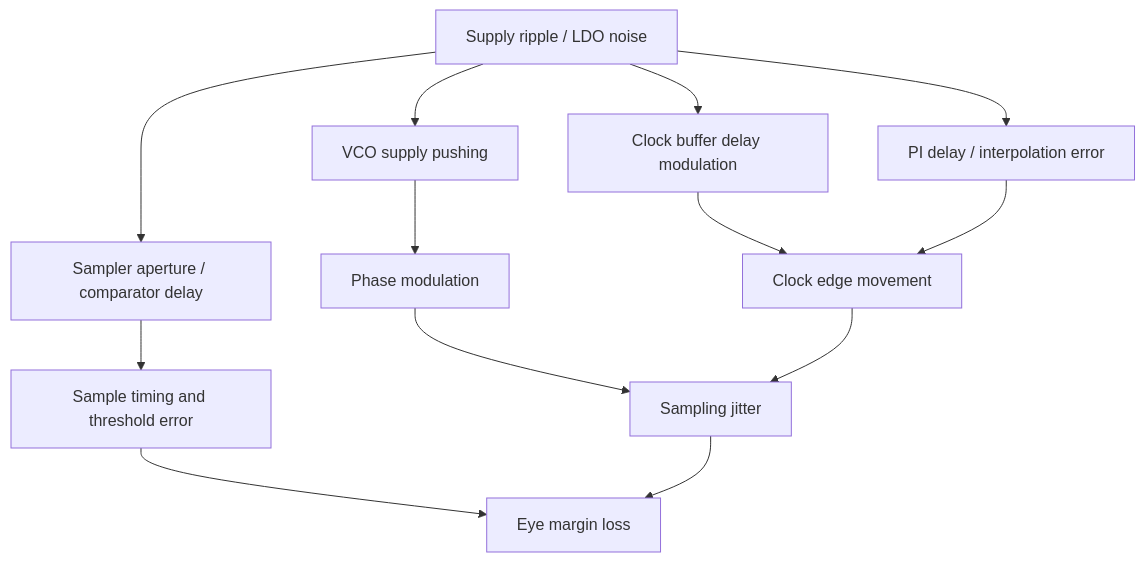
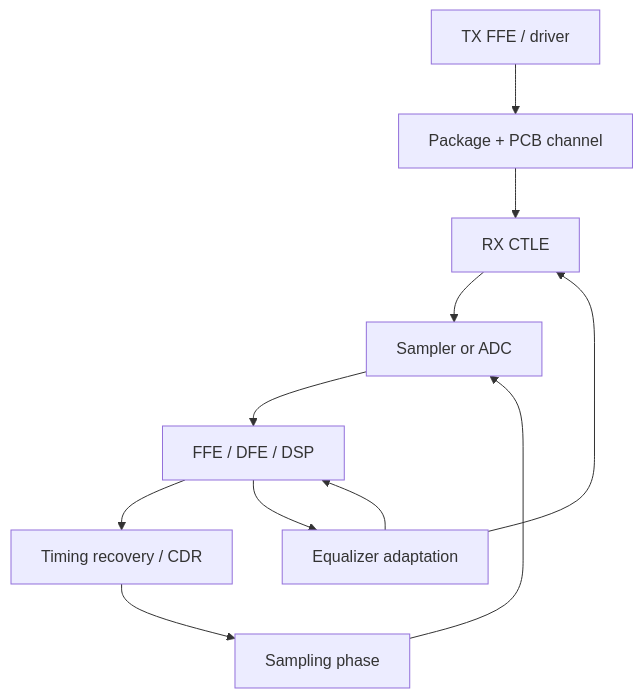
Before and after one commit to uopuwe/Second_Brain: the third of 3 diagrams in 01_AnalogIC_SerDes/PLL_CDR_Clocking/pcie7_clocking_notes.md, drawn with Mermaid. The commit also changed other lines of this file, not shown here.

Commit message:
Expand PCIe 7 clocking note into tutorial sample

````diff
--- a/01_AnalogIC_SerDes/PLL_CDR_Clocking/pcie7_clocking_notes.md
+++ b/01_AnalogIC_SerDes/PLL_CDR_Clocking/pcie7_clocking_notes.md
@@ -265,15 +674,13 @@
 ```mermaid
 flowchart TD
-  S[Supply ripple / LDO noise] --> VCO[VCO supply pushing]
-  S --> BUF[Clock buffer delay modulation]
-  S --> PI[PI delay / interpolation error]
-  S --> SMP[Sampler aperture / comparator delay]
-  VCO --> PH[Phase modulation]
-  BUF --> EDGE[Clock edge movement]
-  PI --> EDGE
-  SMP --> ERR[Sample timing and threshold error]
-  PH --> JIT[Sampling jitter]
-  EDGE --> JIT
-  ERR --> MARGIN[Eye margin loss]
-  JIT --> MARGIN
+  TX[TX FFE / driver] --> CH[Package + PCB channel]
+  CH --> CTLE[RX CTLE]
+  CTLE --> ADC[Sampler or ADC]
+  ADC --> DSP[FFE / DFE / DSP]
+  DSP --> CDR[Timing recovery / CDR]
+  CDR --> CLK[Sampling phase]
+  CLK --> ADC
+  DSP --> ADAPT[Equalizer adaptation]
+  ADAPT --> CTLE
+  ADAPT --> DSP
 ```
````
